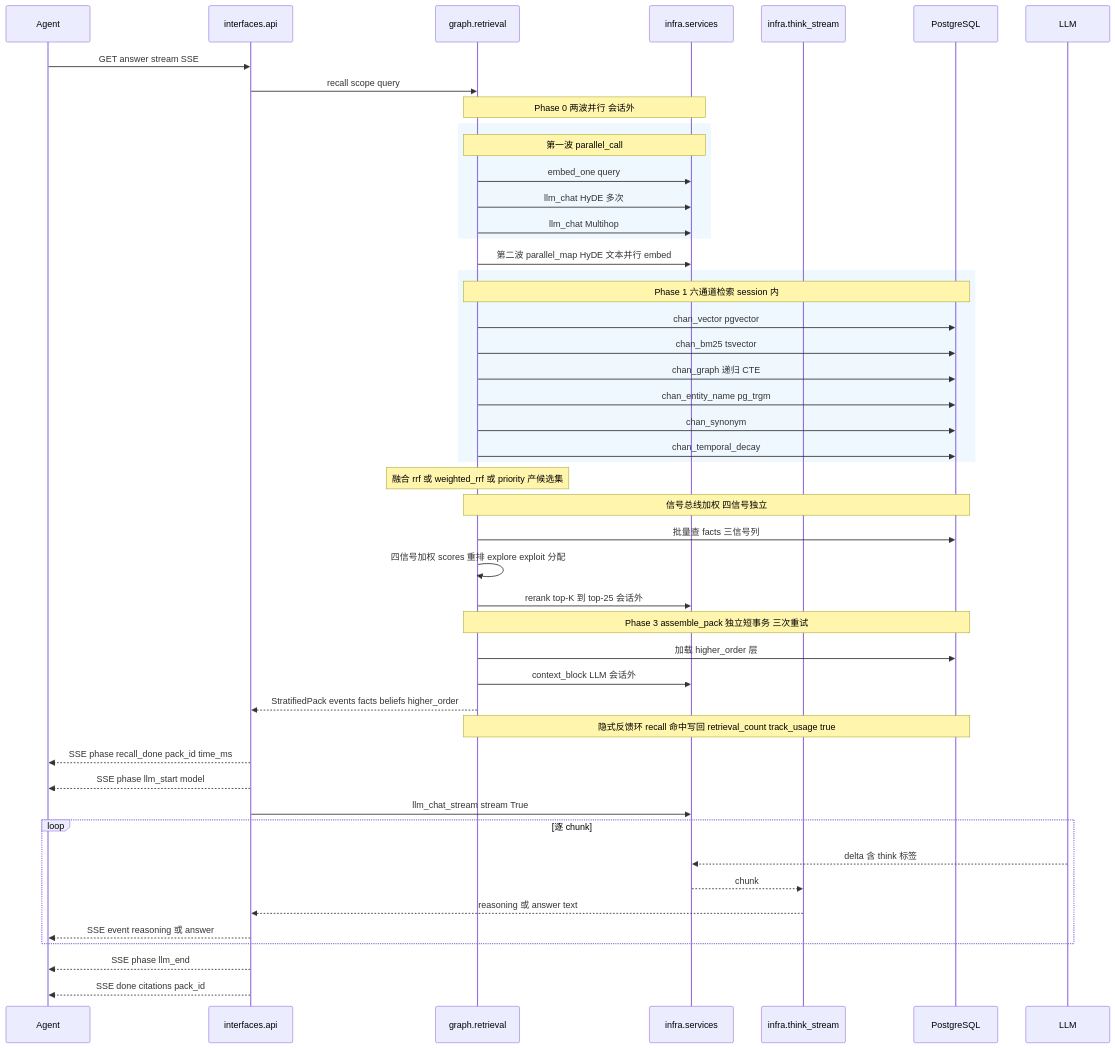
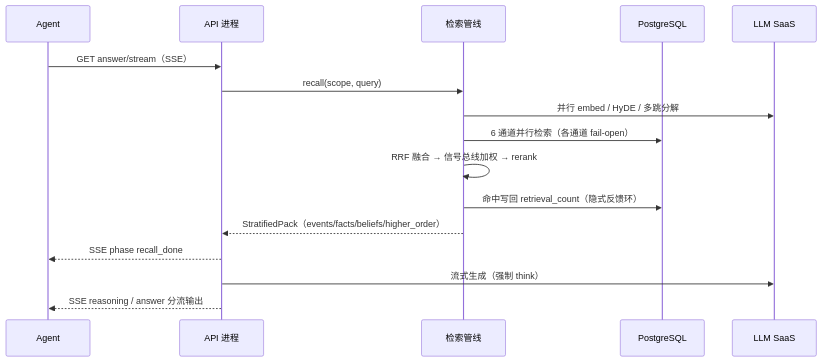
Before and after one commit to pty819/cortex-py-book: the eighth of 9 diagrams in source/chapters/23-architecture-diagrams.md, drawn with Mermaid. The commit also changed other lines of this file, not shown here.

First line of the commit message:
docs(ch23): 按 Kruchten 1995 标准 4+1 重写架构视图章

````diff
--- a/source/chapters/23-architecture-diagrams.md
+++ b/source/chapters/23-architecture-diagrams.md
@@ -480,52 +432,18 @@
 ```{mermaid}
 sequenceDiagram
     participant A as Agent
-    participant API as interfaces.api
-    participant RET as graph.retrieval
-    participant SVC as infra.services
-    participant TS as infra.think_stream
+    participant API as API 进程
+    participant RET as 检索管线
     participant DB as PostgreSQL
-    participant LLM as LLM
-
-    A->>API: GET answer stream SSE
-    API->>RET: recall scope query
-    Note over RET,SVC: Phase 0 两波并行 会话外
-    rect rgb(240,248,255)
-        Note over RET,SVC: 第一波 parallel_call
-        RET->>SVC: embed_one query
-        RET->>SVC: llm_chat HyDE 多次
-        RET->>SVC: llm_chat Multihop
-    end
-    RET->>SVC: 第二波 parallel_map HyDE 文本并行 embed
-    rect rgb(240,248,255)
-        Note over RET,DB: Phase 1 六通道检索 session 内
-        RET->>DB: chan_vector pgvector
-        RET->>DB: chan_bm25 tsvector
-        RET->>DB: chan_graph 递归 CTE
-        RET->>DB: chan_entity_name pg_trgm
-        RET->>DB: chan_synonym
-        RET->>DB: chan_temporal_decay
-    end
-    Note over RET: 融合 rrf 或 weighted_rrf 或 priority 产候选集
-    Note over RET,DB: 信号总线加权 四信号独立
-    RET->>DB: 批量查 facts 三信号列
-    RET->>RET: 四信号加权 scores 重排 explore exploit 分配
-    RET->>SVC: rerank top-K 到 top-25 会话外
-    Note over RET,DB: Phase 3 assemble_pack 独立短事务 三次重试
-    RET->>DB: 加载 higher_order 层
-    RET->>SVC: context_block LLM 会话外
-    RET-->>API: StratifiedPack events facts beliefs higher_order
-    Note over RET,DB: 隐式反馈环 recall 命中写回 retrieval_count track_usage true
-
-    API-->>A: SSE phase recall_done pack_id time_ms
-    API-->>A: SSE phase llm_start model
-    API->>SVC: llm_chat_stream stream True
-    loop 逐 chunk
-        LLM-->>SVC: delta 含 think 标签
-        SVC-->>TS: chunk
-        TS-->>API: reasoning 或 answer text
-        API-->>A: SSE event reasoning 或 answer
-    end
-    API-->>A: SSE phase llm_end
-    API-->>A: SSE done citations pack_id
+    participant LLM as LLM SaaS
+    A->>API: GET answer/stream（SSE）
+    API->>RET: recall(scope, query)
+    RET->>LLM: 并行 embed / HyDE / 多跳分解
+    RET->>DB: 6 通道并行检索（各通道 fail-open）
+    RET->>RET: RRF 融合 → 信号总线加权 → rerank
+    RET->>DB: 命中写回 retrieval_count（隐式反馈环）
+    RET-->>API: StratifiedPack（events/facts/beliefs/higher_order）
+    API-->>A: SSE phase recall_done
+    API->>LLM: 流式生成（强制 think）
+    API-->>A: SSE reasoning / answer 分流输出
 ```
````
